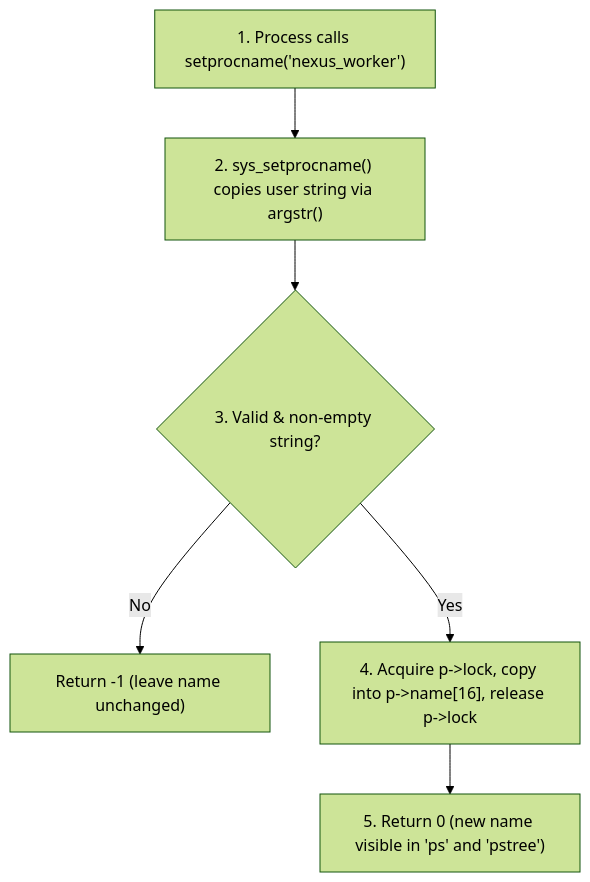
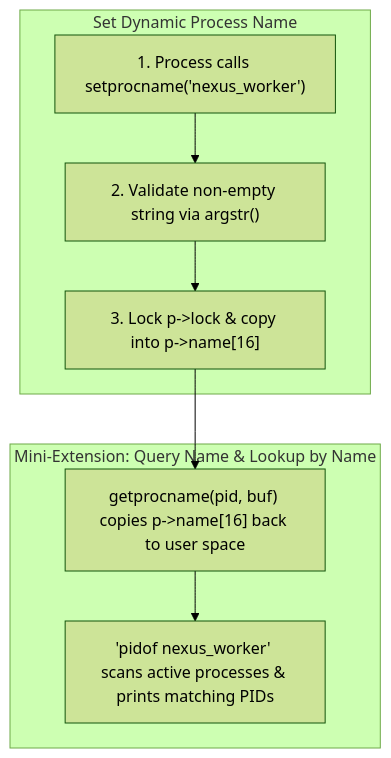
One commit to asbahkhan67-ctrl/xv6-riscv changed diagram 16 of 21 in README.md. Above: the diagram before and after it, drawn with Mermaid (forest theme). The commit also changed other lines of this file, not shown here.

````diff
--- a/README.md
+++ b/README.md
@@ -675,8 +756,14 @@
 ```mermaid
 flowchart TD
-    U["1. Process calls setprocname('nexus_worker')"] --> K1["2. sys_setprocname() copies user string via argstr()"]
-    K1 --> K2{"3. Valid & non-empty string?"}
-    K2 -- "No" --> ERR["Return -1 (leave name unchanged)"]
-    K2 -- "Yes" --> K3["4. Acquire p->lock, copy into p->name[16], release p->lock"]
-    K3 --> OUT["5. Return 0 (new name visible in 'ps' and 'pstree')"]
+    subgraph Write["Set Dynamic Process Name"]
+        U["1. Process calls setprocname('nexus_worker')"] --> K1["2. Validate non-empty string via argstr()"]
+        K1 --> K2["3. Lock p->lock & copy into p->name[16]"]
+    end
+
+    subgraph Read["Mini-Extension: Query Name & Lookup by Name"]
+        R1["getprocname(pid, buf) copies p->name[16] back to user space"]
+        R2["'pidof nexus_worker' scans active processes & prints matching PIDs"]
+    end
+
+    K2 --> R1 --> R2
 ```
````
